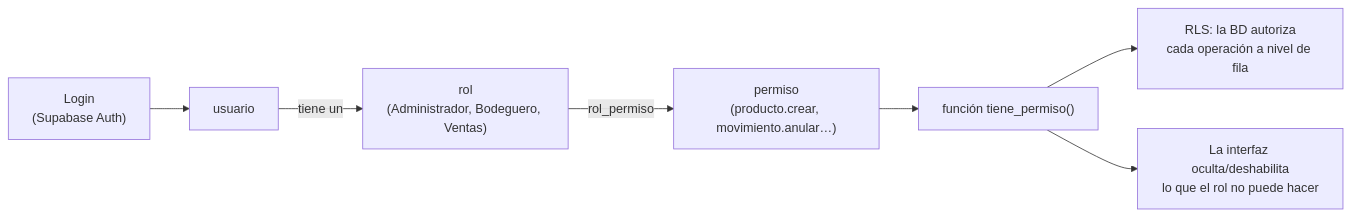
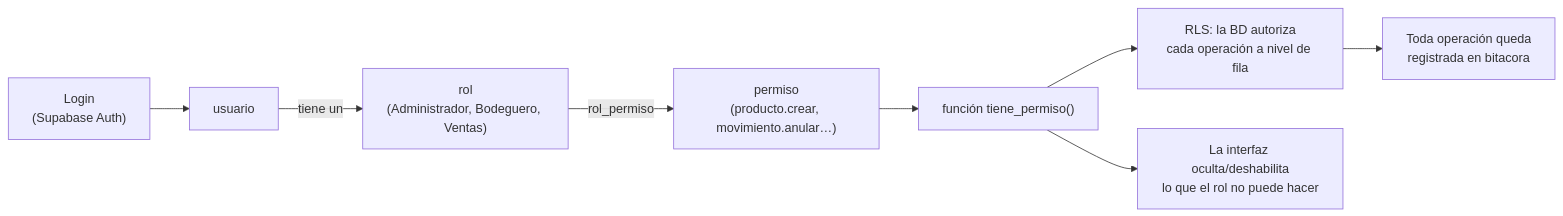
One commit to dynamiccoding01/hongteng-prueba changed the seventh of 7 diagrams in FLUJO.md. Above: the diagram before and after it, drawn with Mermaid. The commit also changed other lines of this file and 18 other files, not shown here.

````diff
--- a/FLUJO.md
+++ b/FLUJO.md
@@ -84,9 +120,10 @@
 ```mermaid
 flowchart LR
     LOGIN["Login<br/>(Supabase Auth)"] --> USR["usuario"]
     USR -->|tiene un| ROL["rol<br/>(Administrador, Bodeguero, Ventas)"]
     ROL -->|rol_permiso| PER["permiso<br/>(producto.crear, movimiento.anular…)"]
     PER --> FN["función tiene_permiso()"]
     FN --> RLS["RLS: la BD autoriza<br/>cada operación a nivel de fila"]
     FN --> UI["La interfaz oculta/deshabilita<br/>lo que el rol no puede hacer"]
+    RLS --> BIT["Toda operación queda<br/>registrada en bitacora"]
 ```
````
